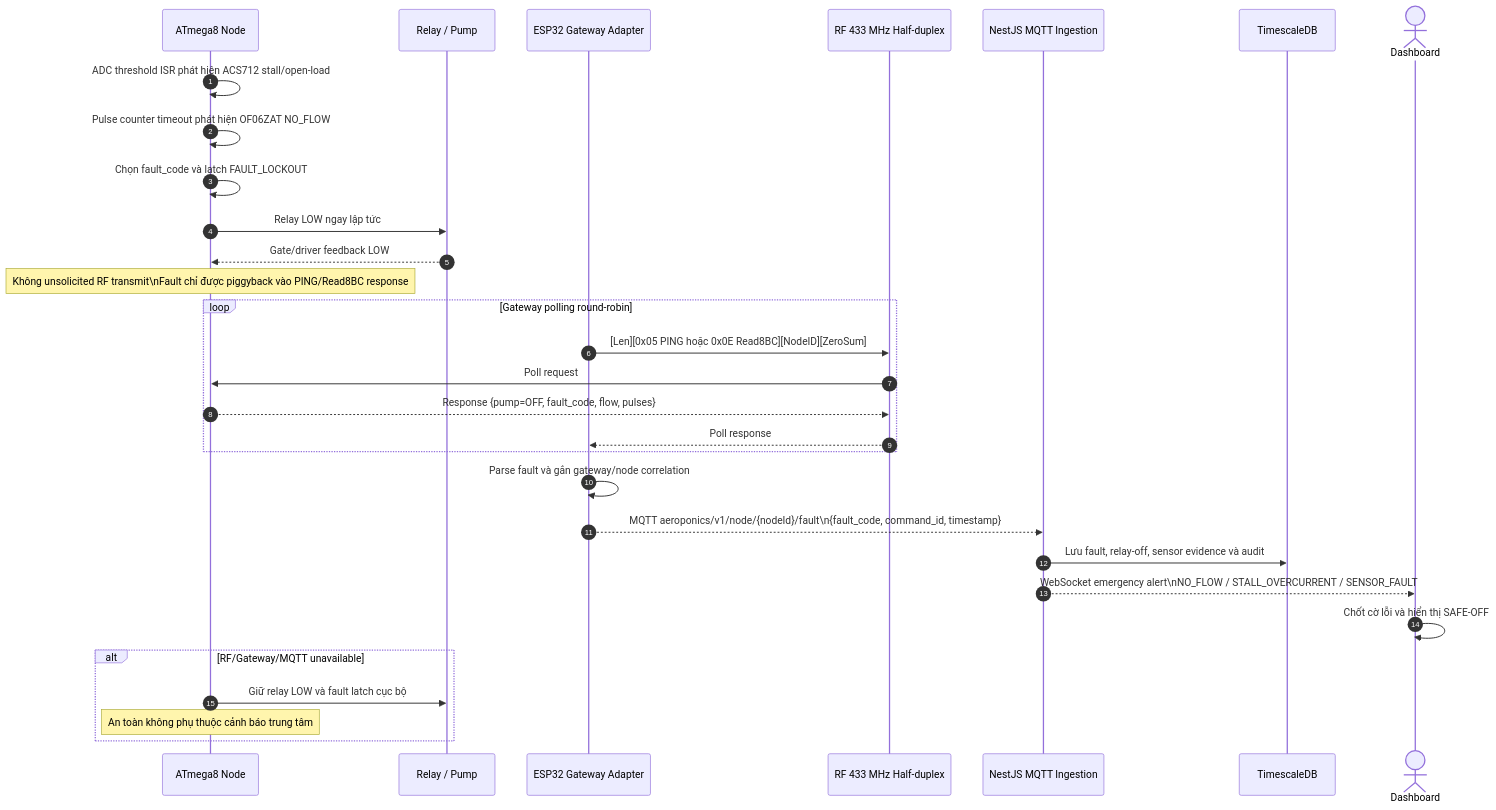
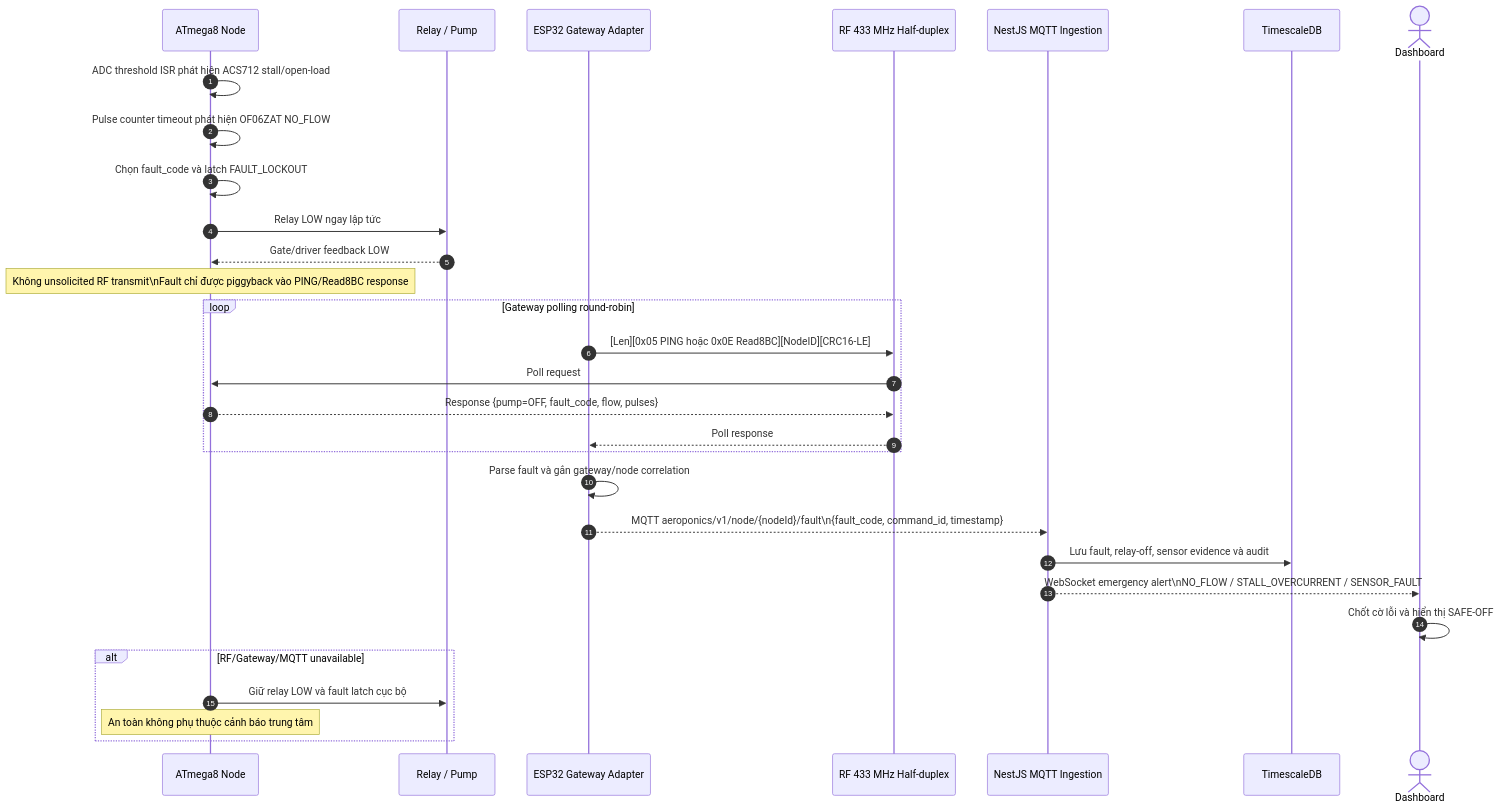
The second of 3 diagrams in docs/e2e-critical-sequence-flows.md (BenjaminHung8405/aeroponics-project), drawn with Mermaid before and after one commit. The commit also changed other lines of this file and 103 other files, not shown here.

````diff
--- a/docs/e2e-critical-sequence-flows.md
+++ b/docs/e2e-critical-sequence-flows.md
@@ -130,34 +130,34 @@
 ```mermaid
 sequenceDiagram
     autonumber
     participant N as ATmega8 Node
     participant R as Relay / Pump
     participant GW as ESP32 Gateway Adapter
     participant RF as RF 433 MHz Half-duplex
     participant API as NestJS MQTT Ingestion
     participant DB as TimescaleDB
     actor UI as Dashboard
 
     N->>N: ADC threshold ISR phát hiện ACS712 stall/open-load
     N->>N: Pulse counter timeout phát hiện OF06ZAT NO_FLOW
     N->>N: Chọn fault_code và latch FAULT_LOCKOUT
     N->>R: Relay LOW ngay lập tức
     R-->>N: Gate/driver feedback LOW
     Note over N: Không unsolicited RF transmit\nFault chỉ được piggyback vào PING/Read8BC response
     loop Gateway polling round-robin
-        GW->>RF: [Len][0x05 PING hoặc 0x0E Read8BC][NodeID][ZeroSum]
+        GW->>RF: [Len][0x05 PING hoặc 0x0E Read8BC][NodeID][CRC16-LE]
         RF->>N: Poll request
         N-->>RF: Response {pump=OFF, fault_code, flow, pulses}
         RF-->>GW: Poll response
     end
     GW->>GW: Parse fault và gắn gateway/node correlation
     GW-->>API: MQTT aeroponics/v1/node/{nodeId}/fault\n{fault_code, command_id, timestamp}
     API->>DB: Lưu fault, relay-off, sensor evidence và audit
     API-->>UI: WebSocket emergency alert\nNO_FLOW / STALL_OVERCURRENT / SENSOR_FAULT
     UI->>UI: Chốt cờ lỗi và hiển thị SAFE-OFF
 
     alt RF/Gateway/MQTT unavailable
         N->>R: Giữ relay LOW và fault latch cục bộ
         Note over N: An toàn không phụ thuộc cảnh báo trung tâm
     end
 ```
````
